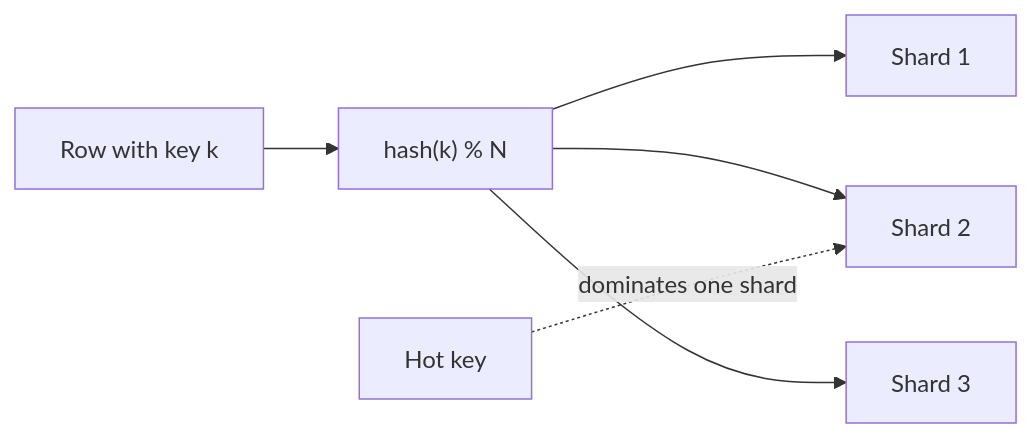
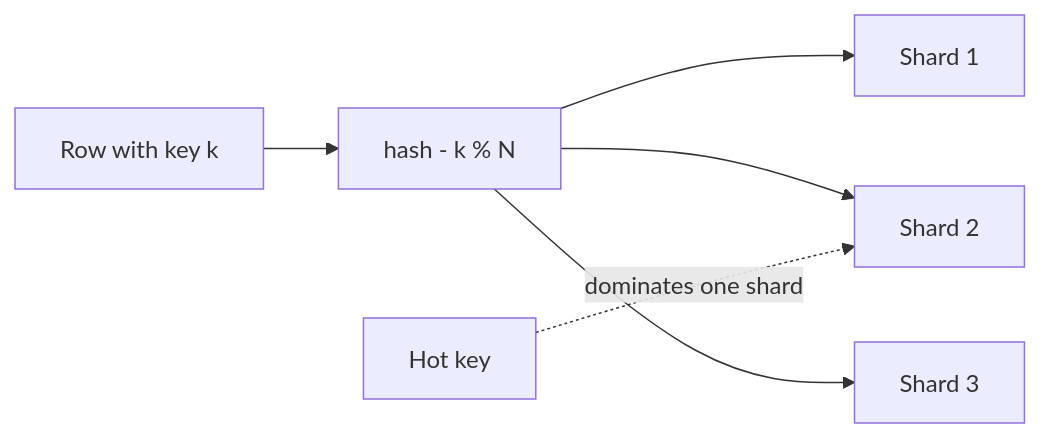
Before and after one commit to RIT-MESH/system-design-mastery: the first of 2 diagrams in docs/03-data-storage/03-partitioning-sharding.md, drawn with Mermaid. The commit also changed 139 other files, not shown here.

First line of the commit message:
Fix Mermaid parse errors: replace parentheses in node labels across 140 files

````diff
--- a/docs/03-data-storage/03-partitioning-sharding.md
+++ b/docs/03-data-storage/03-partitioning-sharding.md
@@ -22,9 +22,9 @@
 ```mermaid
 %% created-for: system-design-mastery
 flowchart LR
-  R["Row with key k"] --> H["hash(k) % N"]
+  R["Row with key k"] --> H["hash - k % N"]
   H --> S1["Shard 1"]
   H --> S2["Shard 2"]
   H --> S3["Shard 3"]
   Hot["Hot key"] -.dominates one shard.-> S2
 ```
````
